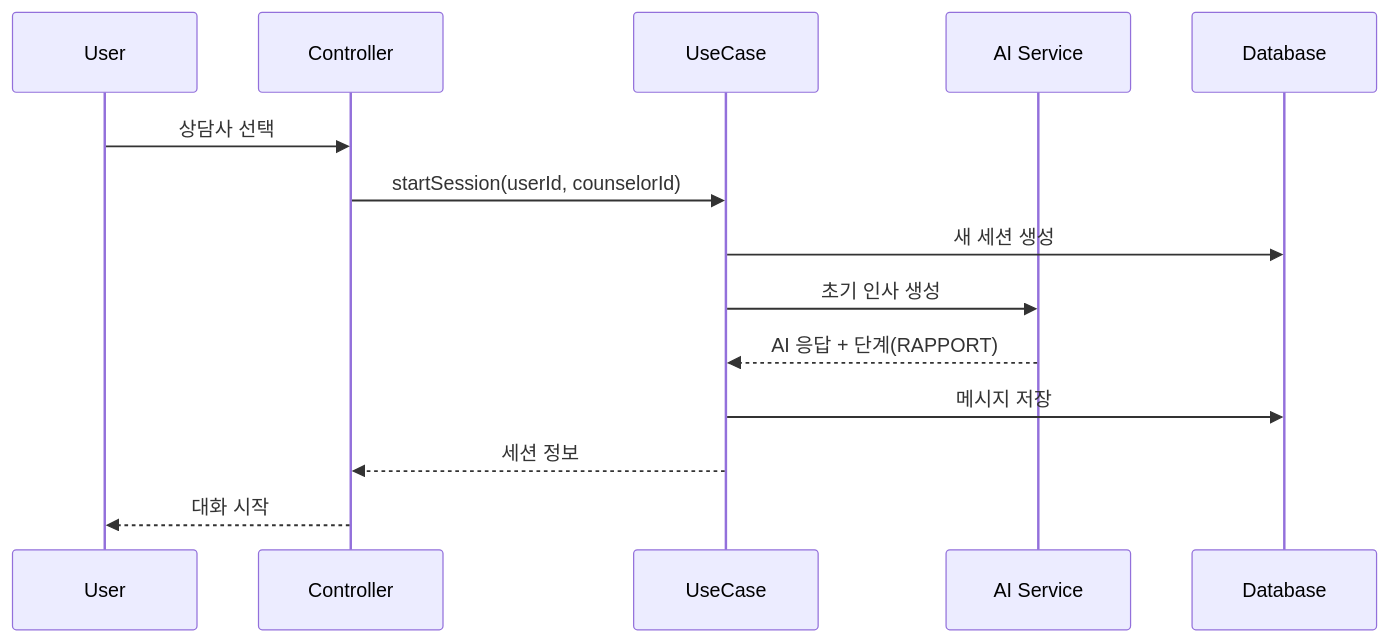
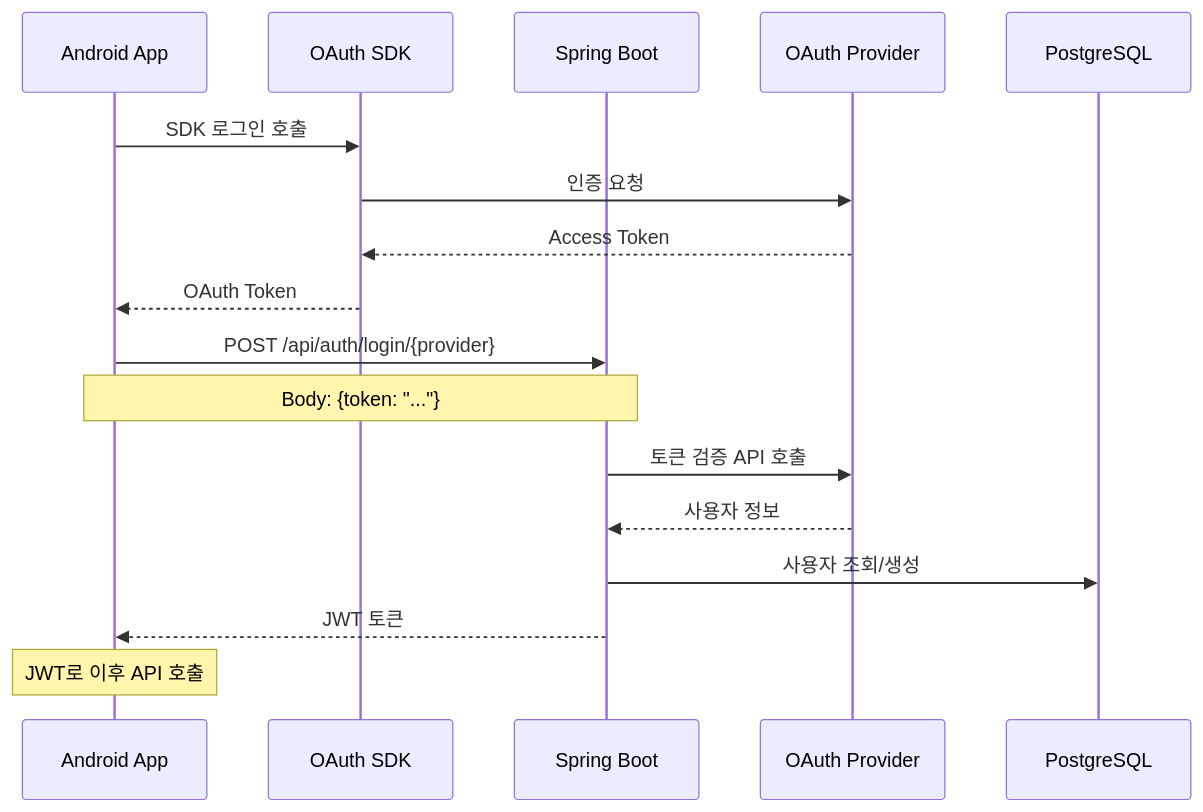
Before and after one commit to Mrbaeksang/ai-counseling-app: the second of 3 diagrams in docs/system-architecture.md, drawn with Mermaid. The commit also changed other lines of this file and 62 other files, not shown here.

````diff
--- a/docs/system-architecture.md
+++ b/docs/system-architecture.md
@@ -192,17 +169,20 @@
 ```mermaid
 sequenceDiagram
-    participant U as User
-    participant C as Controller
-    participant UC as UseCase
-    participant AI as AI Service
-    participant DB as Database
+    participant App as Android App
+    participant OAuth as OAuth SDK
+    participant API as Spring Boot
+    participant Provider as OAuth Provider
+    participant DB as PostgreSQL
     
-    U->>C: 상담사 선택
-    C->>UC: startSession(userId, counselorId)
-    UC->>DB: 새 세션 생성
-    UC->>AI: 초기 인사 생성
-    AI-->>UC: AI 응답 + 단계(RAPPORT)
-    UC->>DB: 메시지 저장
-    UC-->>C: 세션 정보
-    C-->>U: 대화 시작
+    App->>OAuth: SDK 로그인 호출
+    OAuth->>Provider: 인증 요청
+    Provider-->>OAuth: Access Token
+    OAuth-->>App: OAuth Token
+    App->>API: POST /api/auth/login/{provider}
+    Note over App,API: Body: {token: "..."}
+    API->>Provider: 토큰 검증 API 호출
+    Provider-->>API: 사용자 정보
+    API->>DB: 사용자 조회/생성
+    API-->>App: JWT 토큰
+    Note over App: JWT로 이후 API 호출
 ```
````
